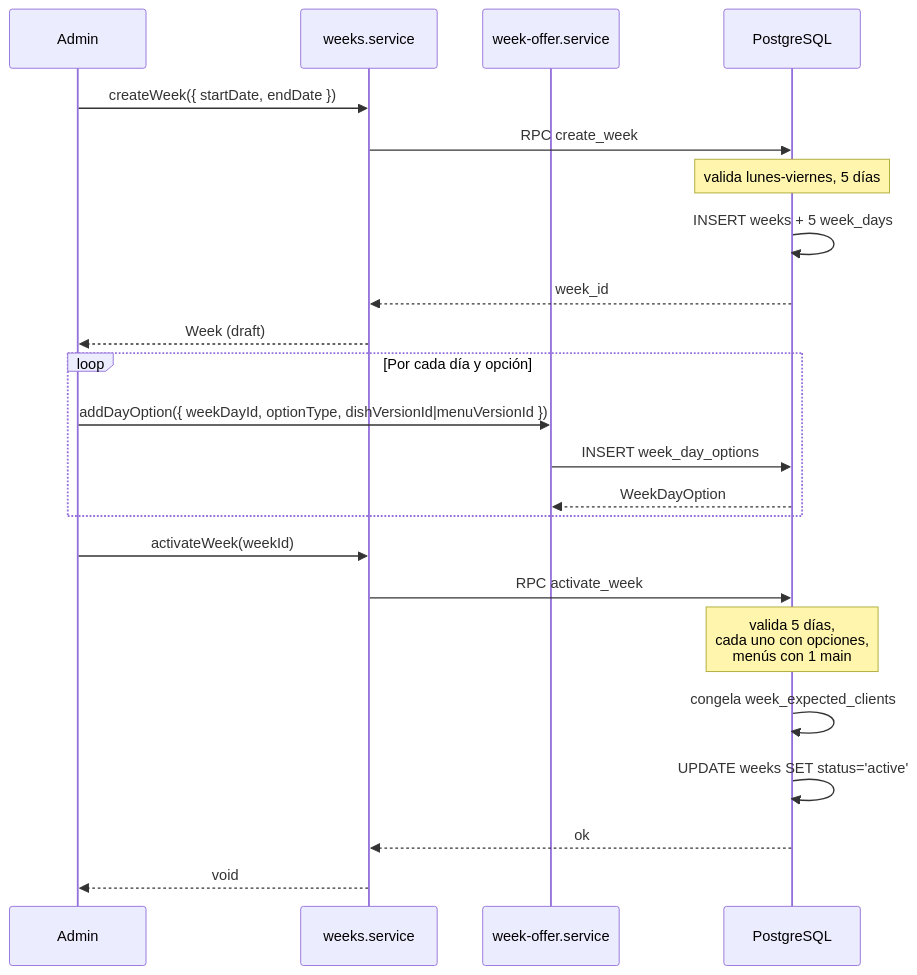
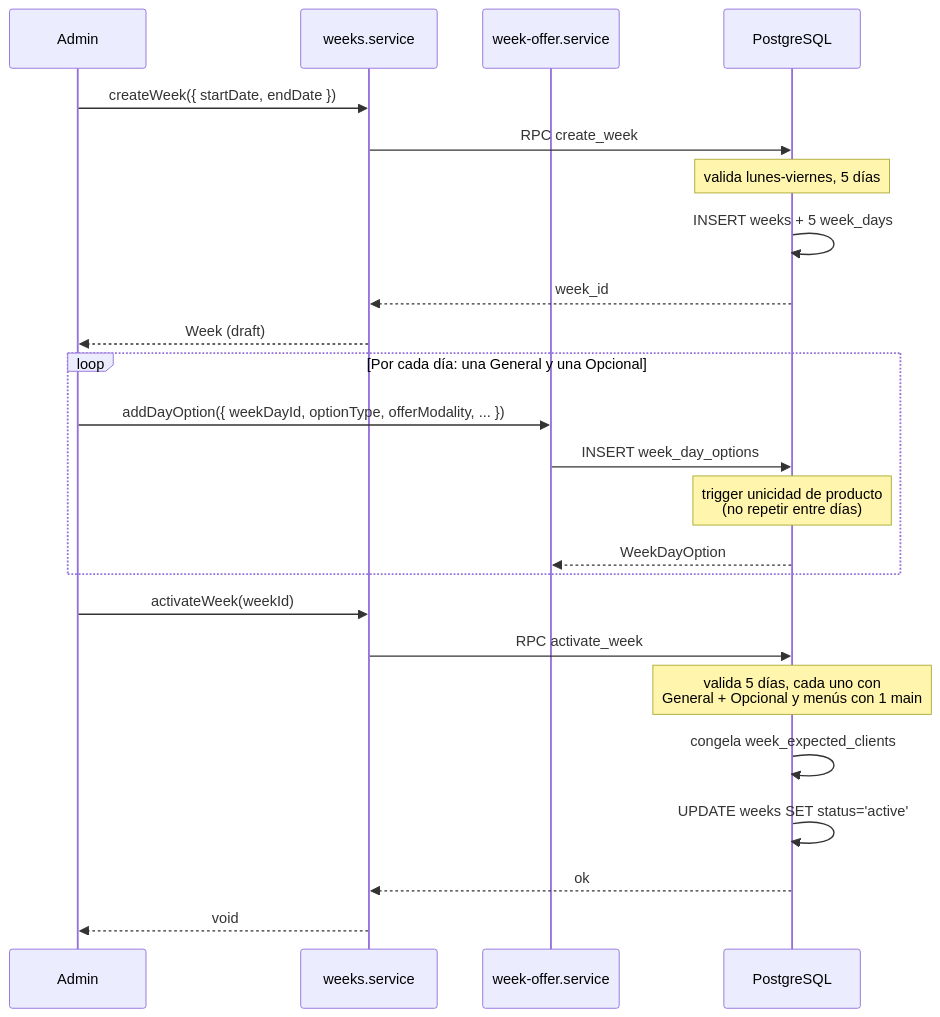
Before and after one commit to Franc0-L/Todo-Artesanal-Legacy: the second of 9 diagrams in docs/flujos.md, drawn with Mermaid. The commit also changed other lines of this file and 22 other files, not shown here.

````diff
--- a/docs/flujos.md
+++ b/docs/flujos.md
@@ -76,28 +81,29 @@
 ```mermaid
 sequenceDiagram
     participant A as Admin
     participant W as weeks.service
     participant O as week-offer.service
     participant DB as PostgreSQL
 
     A->>W: createWeek({ startDate, endDate })
     W->>DB: RPC create_week
     Note over DB: valida lunes-viernes, 5 días
     DB->>DB: INSERT weeks + 5 week_days
     DB-->>W: week_id
     W-->>A: Week (draft)
 
-    loop Por cada día y opción
-        A->>O: addDayOption({ weekDayId, optionType, dishVersionId|menuVersionId })
+    loop Por cada día: una General y una Opcional
+        A->>O: addDayOption({ weekDayId, optionType, offerModality, ... })
         O->>DB: INSERT week_day_options
+        Note over DB: trigger unicidad de producto<br/>(no repetir entre días)
         DB-->>O: WeekDayOption
     end
 
     A->>W: activateWeek(weekId)
     W->>DB: RPC activate_week
-    Note over DB: valida 5 días,<br/>cada uno con opciones,<br/>menús con 1 main
+    Note over DB: valida 5 días, cada uno con<br/>General + Opcional y menús con 1 main
     DB->>DB: congela week_expected_clients
     DB->>DB: UPDATE weeks SET status='active'
     DB-->>W: ok
     W-->>A: void
 ```
````
